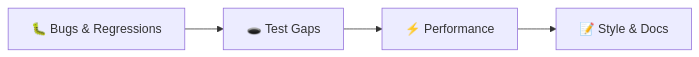
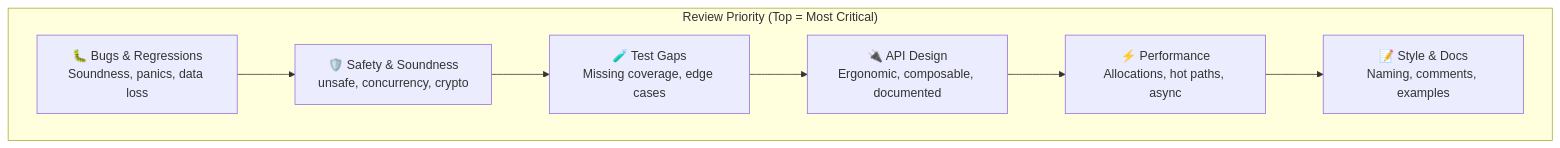
The second of 4 diagrams in README.md (Rosavera-I/craft-rust-maintainer), drawn with Mermaid before and after one commit. The commit also changed other lines of this file and 2 other files, not shown here.

````diff
--- a/README.md
+++ b/README.md
@@ -42,6 +58,17 @@
 ```mermaid
-flowchart LR
-    Bugs["🐛 Bugs & Regressions"] --> Gaps["🕳️ Test Gaps"]
-    Gaps --> Perf["⚡ Performance"]
-    Perf --> Style["📝 Style & Docs"]
+flowchart TD
+    subgraph Priority["Review Priority (Top = Most Critical)"]
+        Bugs["🐛 Bugs & Regressions<br/>Soundness, panics, data loss"]
+        Safety["🛡️ Safety & Soundness<br/>unsafe, concurrency, crypto"]
+        Tests["🧪 Test Gaps<br/>Missing coverage, edge cases"]
+        API["🔌 API Design<br/>Ergonomic, composable, documented"]
+        Perf["⚡ Performance<br/>Allocations, hot paths, async"]
+        Style["📝 Style & Docs<br/>Naming, comments, examples"]
+    end
+    
+    Bugs --> Safety
+    Safety --> Tests
+    Tests --> API
+    API --> Perf
+    Perf --> Style
 ```
````
